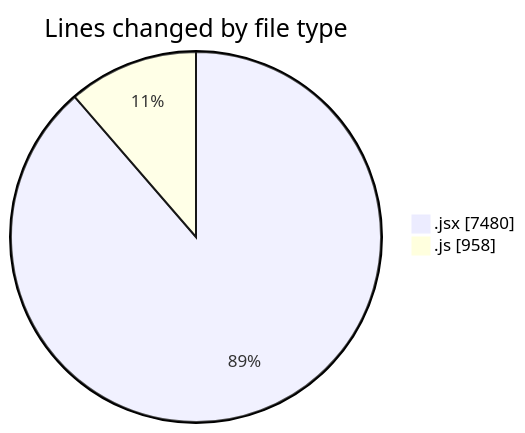
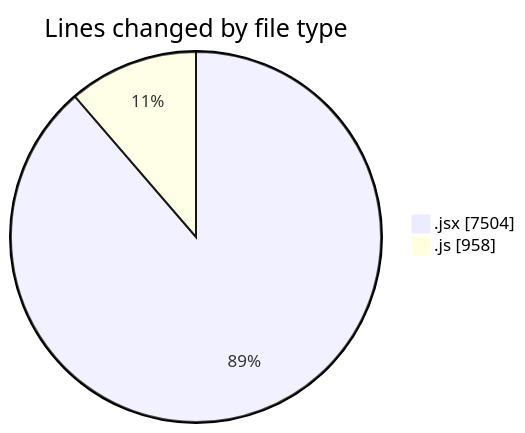
Before and after one commit to nxtqubesakshisongat/code-tracking: the first of 2 diagrams in 2026-01-20/nxtqube_webapp/README.md, drawn with Mermaid. The commit also changed other lines of this file and 1 other file, not shown here.

````diff
--- a/2026-01-20/nxtqube_webapp/README.md
+++ b/2026-01-20/nxtqube_webapp/README.md
@@ -25,6 +25,6 @@
 ```mermaid
 pie showData
 title Lines changed by file type
-".jsx" : 7480
+".jsx" : 7504
 ".js" : 958
 ```
````
